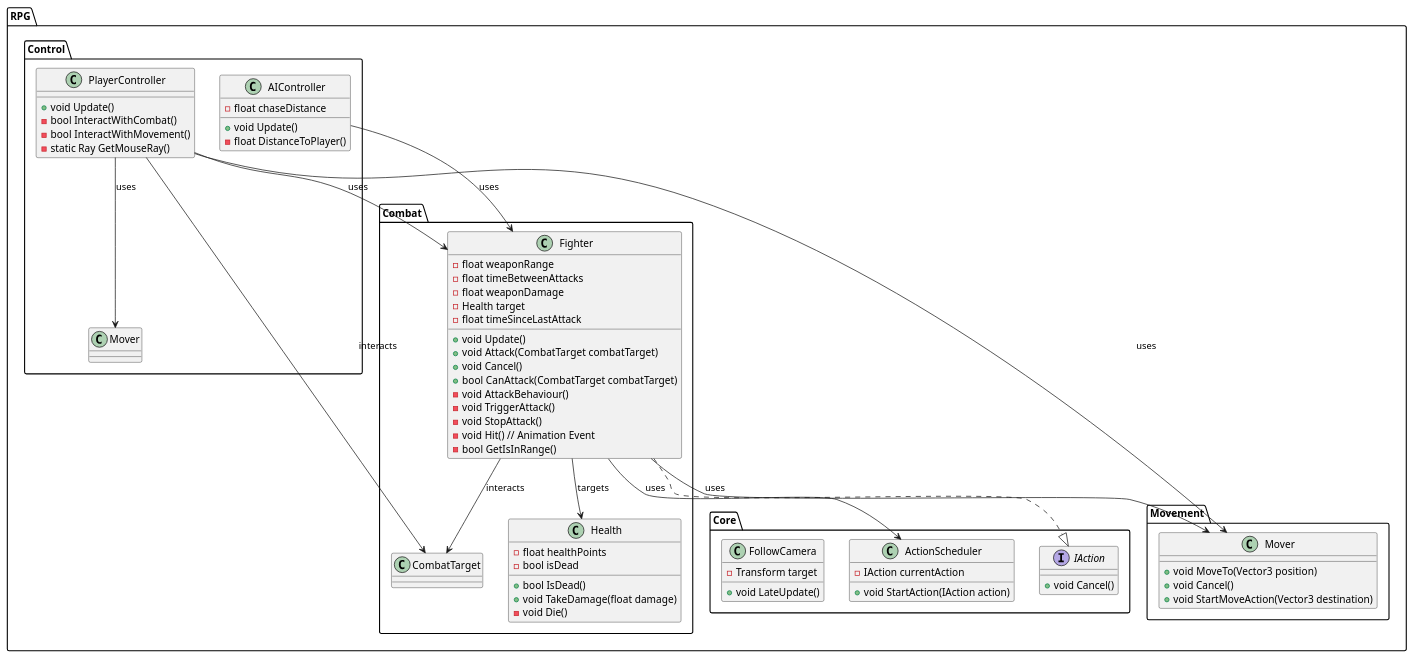
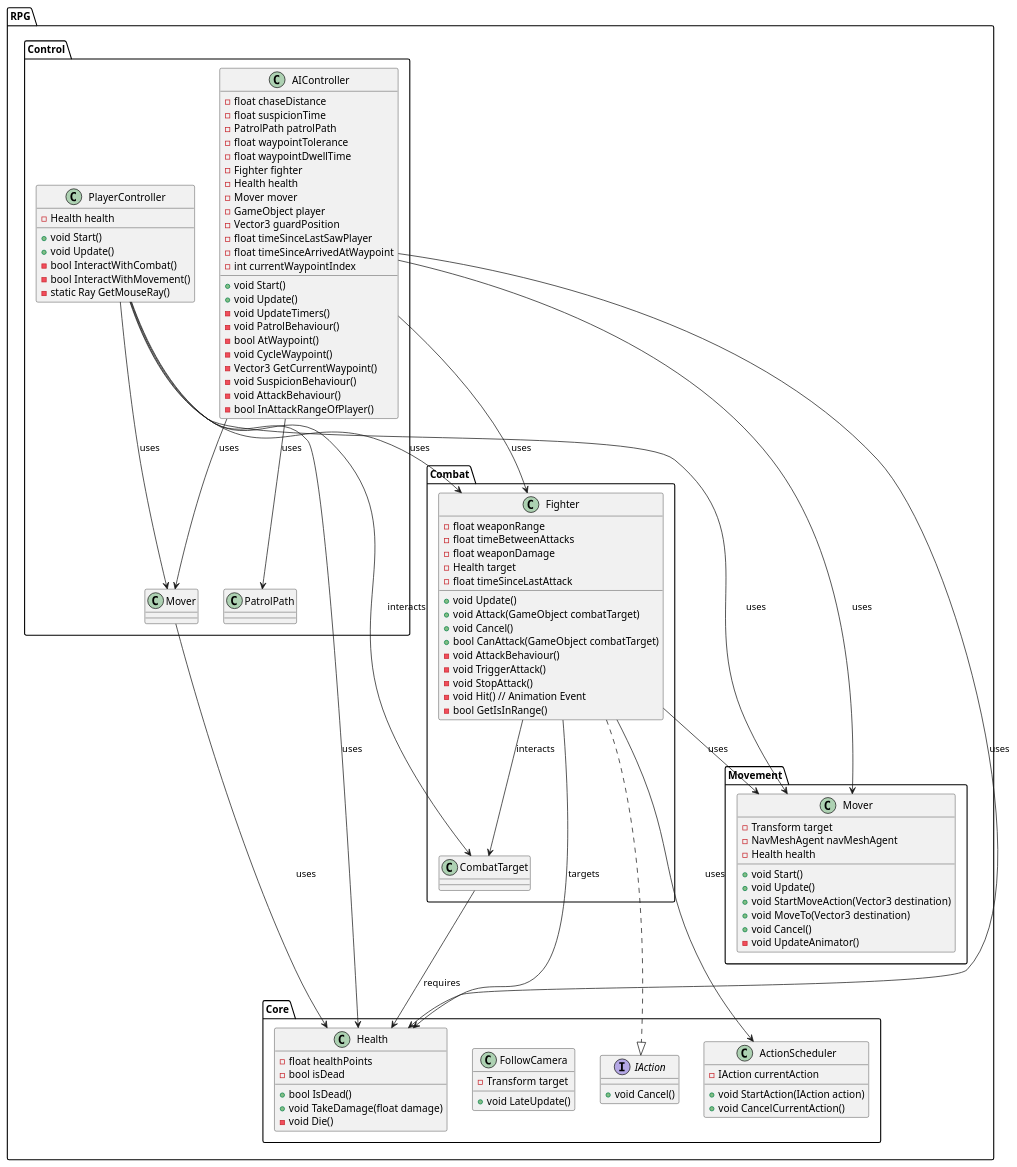
Before and after one commit to Velcronator/RPG25: the diagram in Assets/Scripts/rpg.puml, drawn with PlantUML. The commit also changed 3 other files, not shown here.

```diff
--- a/Assets/Scripts/rpg.puml
+++ b/Assets/Scripts/rpg.puml
@@ -1,80 +1,115 @@
 @startuml RPG
 namespace RPG.Combat {
     class Fighter {
         -float weaponRange
         -float timeBetweenAttacks
         -float weaponDamage
         -Health target
         -float timeSinceLastAttack
         +void Update()
-        +void Attack(CombatTarget combatTarget)
+        +void Attack(GameObject combatTarget)
         +void Cancel()
-        +bool CanAttack(CombatTarget combatTarget)
+        +bool CanAttack(GameObject combatTarget)
         -void AttackBehaviour()
         -void TriggerAttack()
         -void StopAttack()
         -void Hit() // Animation Event
         -bool GetIsInRange()
     }
 
-    class Health {
-        -float healthPoints
-        -bool isDead
-        +bool IsDead()
-        +void TakeDamage(float damage)
-        -void Die()
-    }
-
     class CombatTarget {
     }
 
-    Fighter --> Health : targets
     Fighter --> CombatTarget : interacts
 }
 
 namespace RPG.Control {
     class PlayerController {
+        -Health health
+        +void Start()
         +void Update()
         -bool InteractWithCombat()
         -bool InteractWithMovement()
         -static Ray GetMouseRay()
     }
 
     class AIController {
         -float chaseDistance
+        -float suspicionTime
+        -PatrolPath patrolPath
+        -float waypointTolerance
+        -float waypointDwellTime
+        -Fighter fighter
+        -Health health
+        -Mover mover
+        -GameObject player
+        -Vector3 guardPosition
+        -float timeSinceLastSawPlayer
+        -float timeSinceArrivedAtWaypoint
+        -int currentWaypointIndex
+        +void Start()
         +void Update()
-        -float DistanceToPlayer()
+        -void UpdateTimers()
+        -void PatrolBehaviour()
+        -bool AtWaypoint()
+        -void CycleWaypoint()
+        -Vector3 GetCurrentWaypoint()
+        -void SuspicionBehaviour()
+        -void AttackBehaviour()
+        -bool InAttackRangeOfPlayer()
     }
 
     PlayerController --> Fighter : uses
     PlayerController --> Mover : uses
     PlayerController --> CombatTarget : interacts
     AIController --> Fighter : uses
+    AIController --> Mover : uses
+    AIController --> PatrolPath : uses
 }
 
 namespace RPG.Core {
     interface IAction {
         +void Cancel()
     }
     class ActionScheduler {
         -IAction currentAction
         +void StartAction(IAction action)
+        +void CancelCurrentAction()
     }
     class FollowCamera {
         -Transform target
         +void LateUpdate()
     }
+    class Health {
+        -float healthPoints
+        -bool isDead
+        +bool IsDead()
+        +void TakeDamage(float damage)
+        -void Die()
+    }
+    Fighter --> Health : targets
+    CombatTarget --> Health : requires
+    PlayerController --> Health : uses
+    AIController --> Health : uses
+    Mover --> Health : uses
     Fighter ..|> IAction
     Fighter --> ActionScheduler : uses
 }
 
 namespace RPG.Movement {
     class Mover {
-        +void MoveTo(Vector3 position)
+        -Transform target
+        -NavMeshAgent navMeshAgent
+        -Health health
+        +void Start()
+        +void Update()
+        +void StartMoveAction(Vector3 destination)
+        +void MoveTo(Vector3 destination)
         +void Cancel()
-        +void StartMoveAction(Vector3 destination)
+        -void UpdateAnimator()
     }
     Fighter --> Mover : uses
     PlayerController --> Mover : uses
+    AIController --> Mover : uses
 }
 @enduml
```
